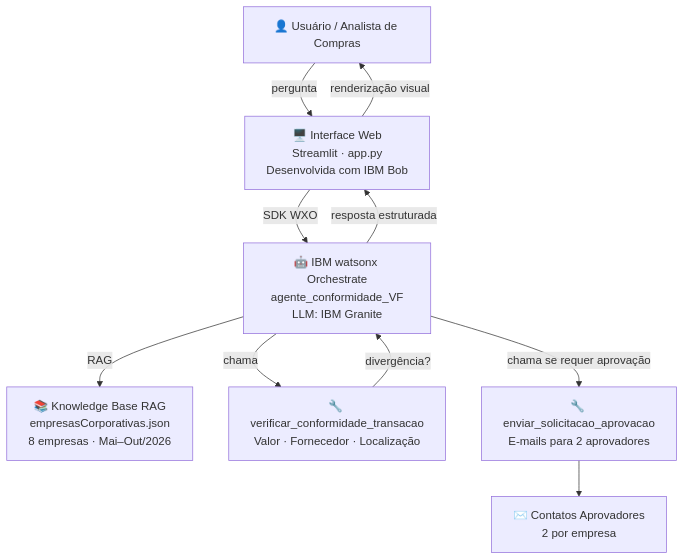
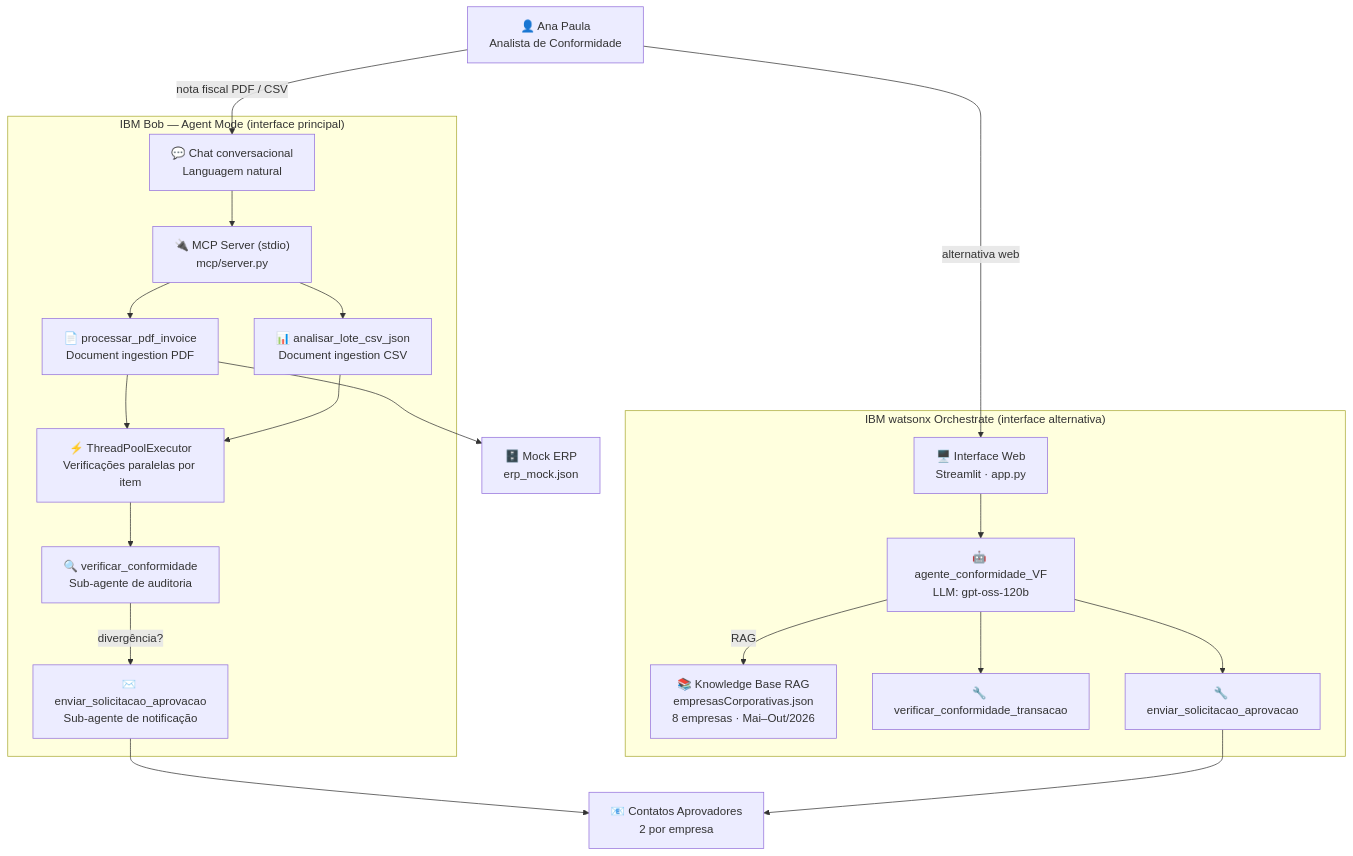
Before and after one commit to ma4728498-pixel/Agente-de-IA-IBM: the diagram in README.md, drawn with Mermaid. The commit also changed other lines of this file and 5 other files, not shown here.

````diff
--- a/README.md
+++ b/README.md
@@ -58,20 +50,43 @@
 ```mermaid
 graph TD
-    U["👤 Usuário / Analista de Compras"]
-    APP["🖥️ Interface Web\nStreamlit · app.py\nDesenvolvida com IBM Bob"]
-    WXO["🤖 IBM watsonx Orchestrate\nagente_conformidade_VF\nLLM: IBM Granite"]
-    KB["📚 Knowledge Base RAG\nempresasCorporativas.json\n8 empresas · Mai–Out/2026"]
-    T1["🔧 verificar_conformidade_transacao\nValor · Fornecedor · Localização"]
-    T2["🔧 enviar_solicitacao_aprovacao\nE-mails para 2 aprovadores"]
-    C["✉️ Contatos Aprovadores\n2 por empresa"]
+    U["👤 Ana Paula\nAnalista de Conformidade"]
 
-    U -->|pergunta| APP
-    APP -->|SDK WXO| WXO
-    WXO -->|RAG| KB
-    WXO -->|chama| T1
-    T1 -->|divergência?| WXO
-    WXO -->|chama se requer aprovação| T2
-    T2 --> C
-    WXO -->|resposta estruturada| APP
-    APP -->|renderização visual| U
+    subgraph BOB ["IBM Bob — Agent Mode (interface principal)"]
+        BOB_CHAT["💬 Chat conversacional\nLanguagem natural"]
+        MCP["🔌 MCP Server (stdio)\nmcp/server.py"]
+        T_PDF["📄 processar_pdf_invoice\nDocument ingestion PDF"]
+        T_CSV["📊 analisar_lote_csv_json\nDocument ingestion CSV"]
+        T_CONF["🔍 verificar_conformidade\nSub-agente de auditoria"]
+        T_APROV["✉️ enviar_solicitacao_aprovacao\nSub-agente de notificação"]
+        T_PARALLEL["⚡ ThreadPoolExecutor\nVerificações paralelas por item"]
+    end
+
+    subgraph WXO ["IBM watsonx Orchestrate (interface alternativa)"]
+        AGENT["🤖 agente_conformidade_VF\nLLM: gpt-oss-120b"]
+        KB["📚 Knowledge Base RAG\nempresasCorporativas.json\n8 empresas · Mai–Out/2026"]
+        WT1["🔧 verificar_conformidade_transacao"]
+        WT2["🔧 enviar_solicitacao_aprovacao"]
+        APP["🖥️ Interface Web\nStreamlit · app.py"]
+    end
+
+    ERP["🗄️ Mock ERP\nerp_mock.json"]
+    C["📧 Contatos Aprovadores\n2 por empresa"]
+
+    U -->|"nota fiscal PDF / CSV"| BOB_CHAT
+    BOB_CHAT --> MCP
+    MCP --> T_PDF
+    MCP --> T_CSV
+    T_PDF --> T_PARALLEL
+    T_CSV --> T_PARALLEL
+    T_PARALLEL --> T_CONF
+    T_CONF -->|divergência?| T_APROV
+    T_PDF --> ERP
+    T_APROV --> C
+
+    U -->|alternativa web| APP
+    APP --> AGENT
+    AGENT -->|RAG| KB
+    AGENT --> WT1
+    AGENT --> WT2
+    WT2 --> C
 ```
````
